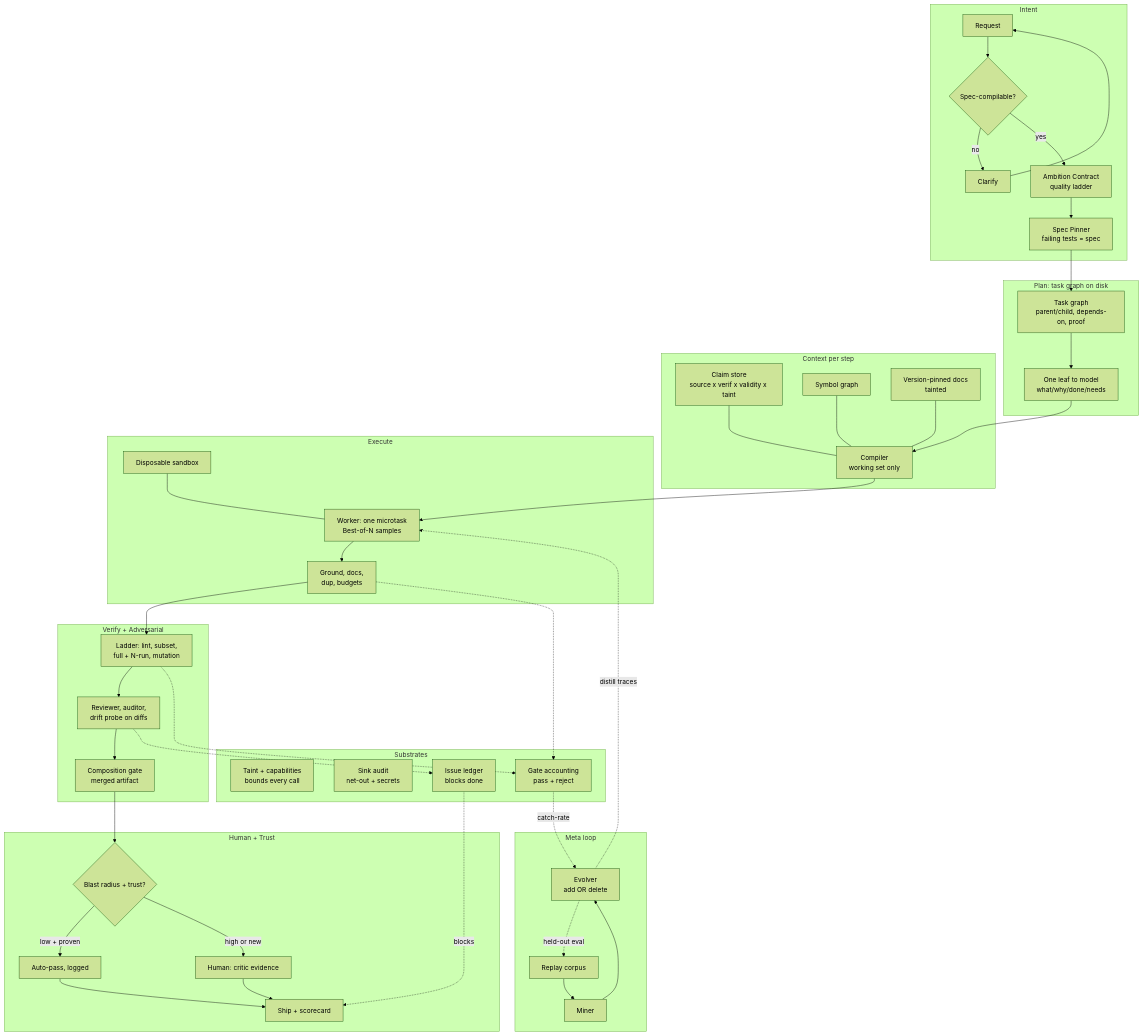
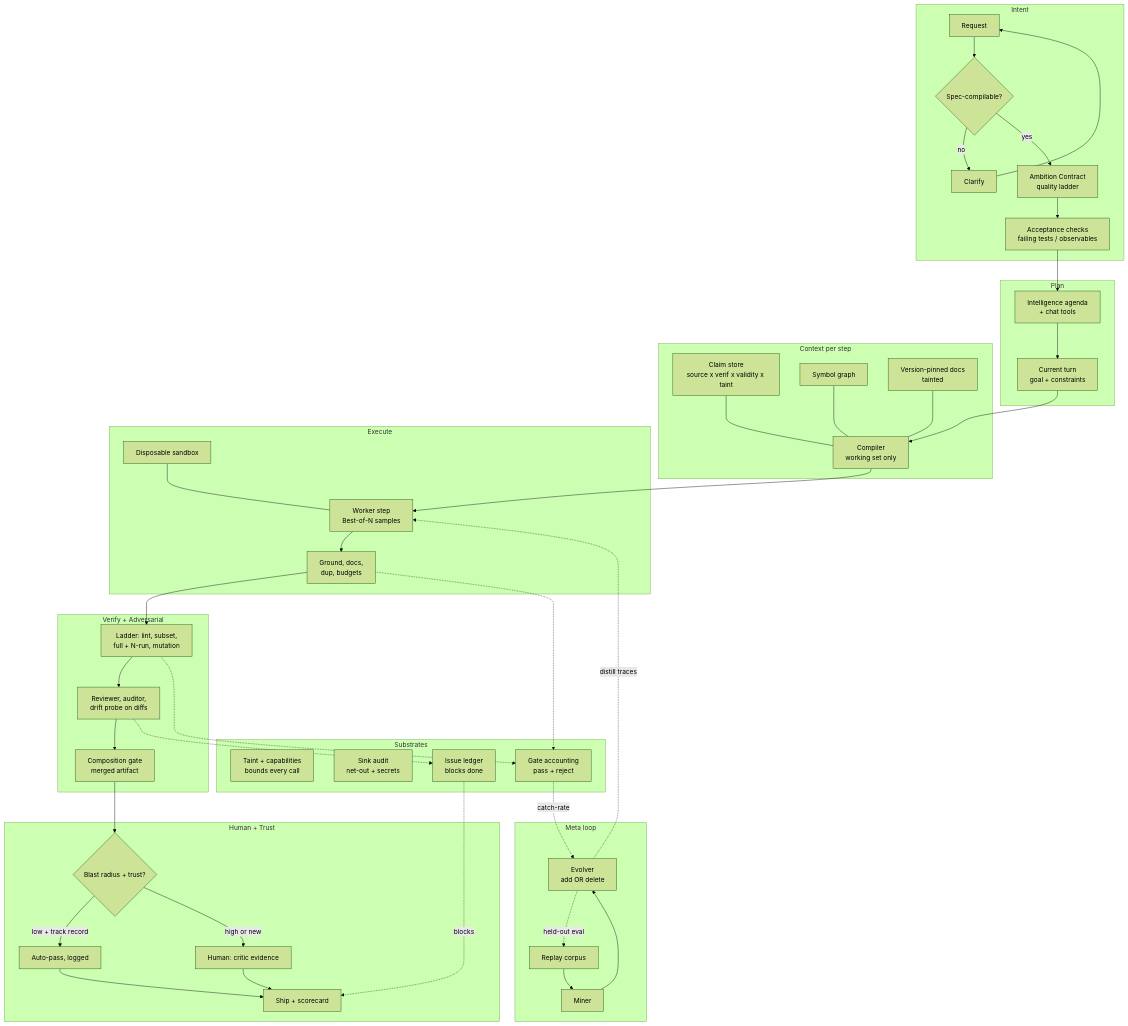
Before and after one commit to sandeshwar/super: the diagram in docs/diagrams/architecture.md, drawn with Mermaid (forest theme). The commit also changed other lines of this file and 60 other files, not shown here.

First line of the commit message:
Retire task-tree surfaces and fix chat approval trust tracking.

````diff
--- a/docs/diagrams/architecture.md
+++ b/docs/diagrams/architecture.md
@@ -3,61 +3,61 @@
 ```mermaid
 flowchart TB
     subgraph INTENT["Intent"]
         REQ[Request] --> AMB{Spec-compilable?}
         AMB -- no --> CLAR[Clarify]
         CLAR --> REQ
         AMB -- yes --> AC[Ambition Contract<br/>quality ladder]
-        AC --> SP[Spec Pinner<br/>failing tests = spec]
+        AC --> SP[Acceptance checks<br/>failing tests / observables]
     end
 
-    subgraph PLAN["Plan: task graph on disk"]
-        SP --> TG[Task graph<br/>parent/child, depends-on, proof]
-        TG --> LEAF[One leaf to model<br/>what/why/done/needs]
+    subgraph PLAN["Plan"]
+        SP --> AG[Intelligence agenda<br/>+ chat tools]
+        AG --> TURN[Current turn<br/>goal + constraints]
     end
 
     subgraph CTX["Context per step"]
-        LEAF --> CC[Compiler<br/>working set only]
+        TURN --> CC[Compiler<br/>working set only]
         CS[Claim store<br/>source x verif x validity x taint] --- CC
         SG[Symbol graph] --- CC
         DOC[Version-pinned docs<br/>tainted] --- CC
     end
 
     subgraph EXEC["Execute"]
-        CC --> W[Worker: one microtask<br/>Best-of-N samples]
+        CC --> W[Worker step<br/>Best-of-N samples]
         SB[Disposable sandbox] --- W
         W --> GATES[Ground, docs,<br/>dup, budgets]
     end
 
     subgraph VERIFY["Verify + Adversarial"]
         GATES --> VL[Ladder: lint, subset,<br/>full + N-run, mutation]
         VL --> ADV[Reviewer, auditor,<br/>drift probe on diffs]
         ADV --> CG[Composition gate<br/>merged artifact]
     end
 
     subgraph HUMAN["Human + Trust"]
         CG --> RISK{Blast radius + trust?}
-        RISK -- low + proven --> AUTO[Auto-pass, logged]
+        RISK -- low + track record --> AUTO[Auto-pass, logged]
         RISK -- high or new --> HG[Human: critic evidence]
         AUTO --> SHIP[Ship + scorecard]
         HG --> SHIP
     end
 
     subgraph SUB["Substrates"]
         TAINT[Taint + capabilities<br/>bounds every call]
         SINK[Sink audit<br/>net-out + secrets]
         IL[Issue ledger<br/>blocks done]
         GA[Gate accounting<br/>pass + reject]
     end
 
     subgraph META["Meta loop"]
         REPLAY[Replay corpus] --> MINE[Miner] --> EVO[Evolver<br/>add OR delete]
         EVO -. held-out eval .-> REPLAY
         EVO -. distill traces .-> W
     end
 
     GATES -.-> GA
     VL -.-> GA
     ADV -.-> IL
     IL -. blocks .-> SHIP
     GA -. catch-rate .-> EVO
 ```
````
